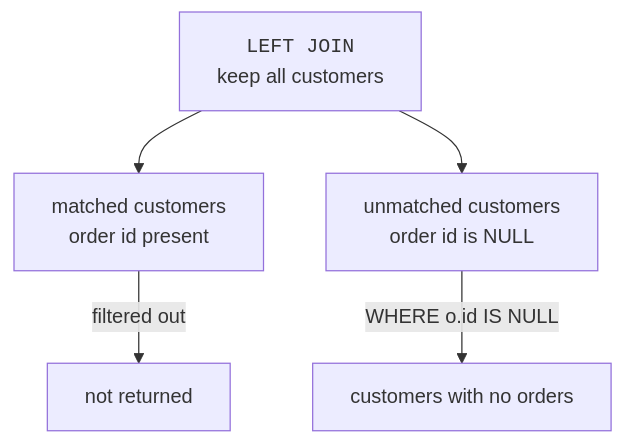
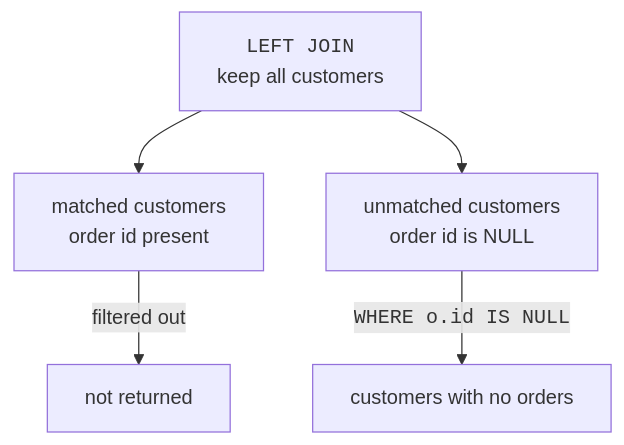
Before and after one commit to dataslope/dataslope: the third of 4 diagrams in content/learn/sqlite-for-beginners/outer-joins.mdx, drawn with Mermaid. The commit also changed 46 other files, not shown here.

First line of the commit message:
Wrap code in mermaid edge labels + entity/table names in DB diagrams

````diff
--- a/content/learn/sqlite-for-beginners/outer-joins.mdx
+++ b/content/learn/sqlite-for-beginners/outer-joins.mdx
@@ -115,7 +115,7 @@
 ```mermaid
 flowchart TB
     A["<code>LEFT JOIN</code><br/>keep all customers"] --> B["matched customers<br/>order id present"]
     A --> C["unmatched customers<br/>order id is NULL"]
-    C -->|"WHERE o.id IS NULL"| D["customers with no orders"]
+    C -->|"<code>WHERE o.id IS NULL</code>"| D["customers with no orders"]
     B -->|"filtered out"| X["not returned"]
 ```
````
